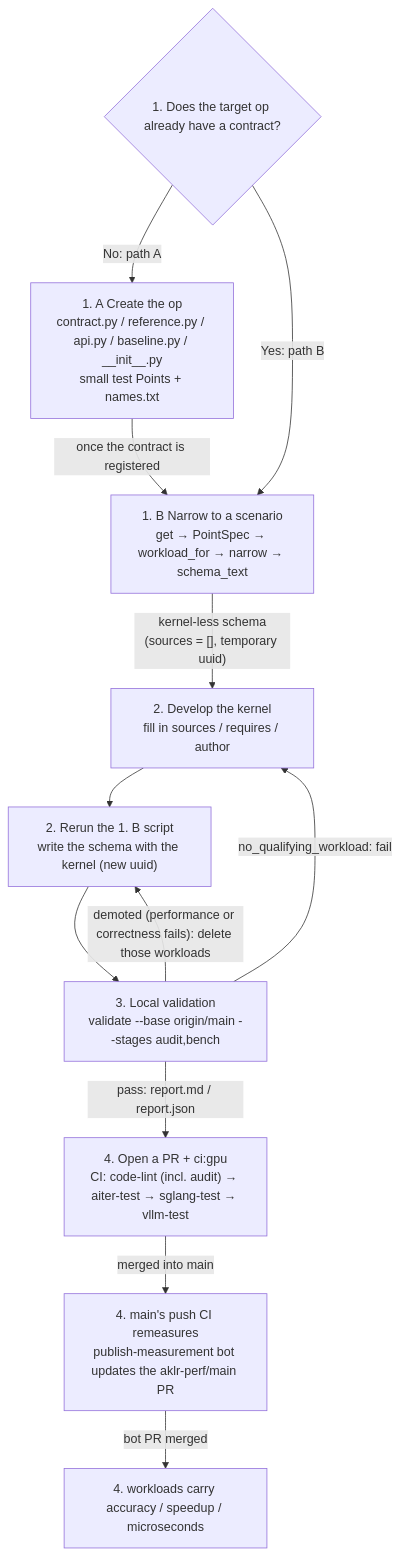
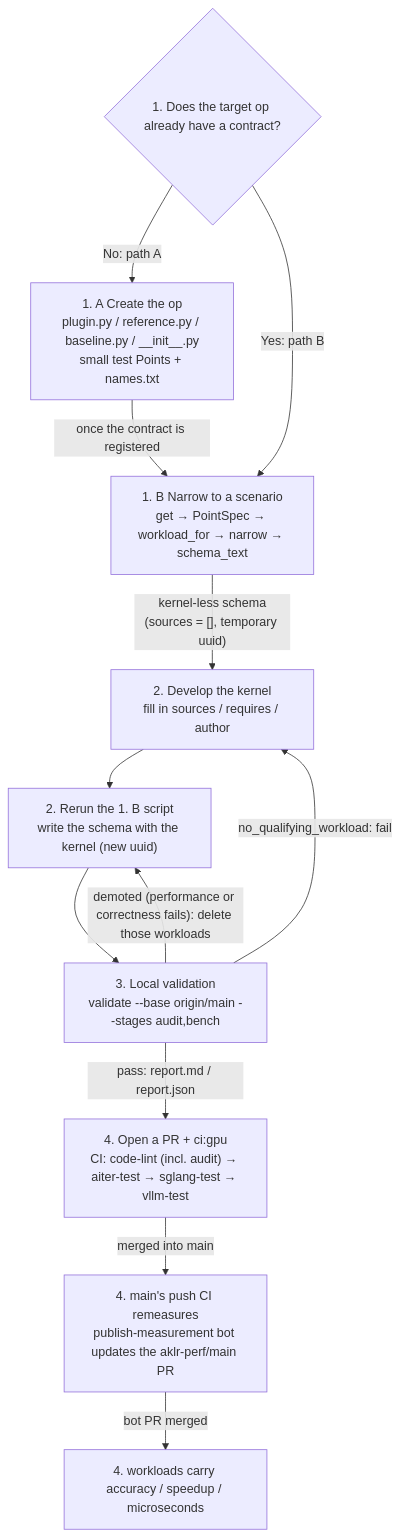
One commit to AMD-AGI/AKLR changed the diagram in docs/ops_tutorial.md. Above: the diagram before and after it, drawn with Mermaid. The commit also changed other lines of this file and 713 other files, not shown here.

````diff
--- a/docs/ops_tutorial.md
+++ b/docs/ops_tutorial.md
@@ -13,14 +13,14 @@
 ```mermaid
 flowchart TD
-    S{"1. Does the target op already have a contract?"} -->|"No: path A"| A["1. A Create the op<br/>contract.py / reference.py / api.py / baseline.py / __init__.py<br/>small test Points + names.txt"]
+    S{"1. Does the target op already have a contract?"} -->|"No: path A"| A["1. A Create the op<br/>plugin.py / reference.py / baseline.py / __init__.py<br/>small test Points + names.txt"]
     S -->|"Yes: path B"| B["1. B Narrow to a scenario<br/>get → PointSpec → workload_for → narrow → schema_text"]
     A -->|"once the contract is registered"| B
     B -->|"kernel-less schema<br/>(sources = [], temporary uuid)"| D["2. Develop the kernel<br/>fill in sources / requires / author"]
     D --> R["2. Rerun the 1. B script<br/>write the schema with the kernel (new uuid)"]
     R --> V["3. Local validation<br/>validate --base origin/main --stages audit,bench"]
     V -->|"no_qualifying_workload: fail"| D
     V -->|"demoted (performance or correctness fails): delete those workloads"| R
     V -->|"pass: report.md / report.json"| P["4. Open a PR + ci:gpu<br/>CI: code-lint (incl. audit) → aiter-test → sglang-test → vllm-test"]
     P -->|"merged into main"| M["4. main's push CI remeasures<br/>publish-measurement bot updates the aklr-perf/main PR"]
     M -->|"bot PR merged"| N["4. workloads carry accuracy / speedup / microseconds"]
 ```
````
